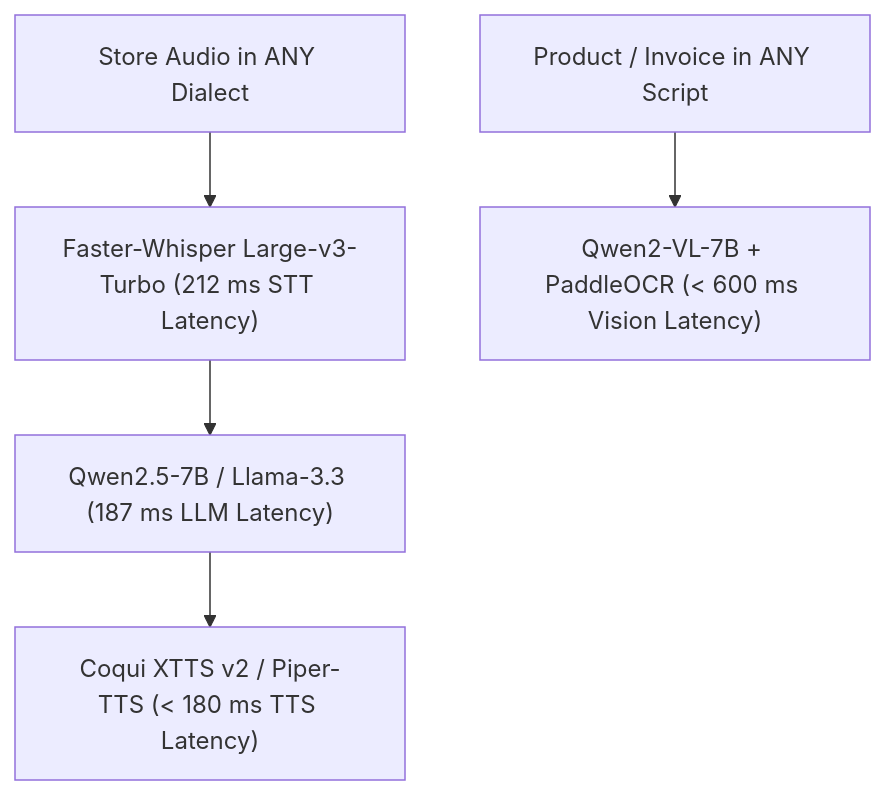
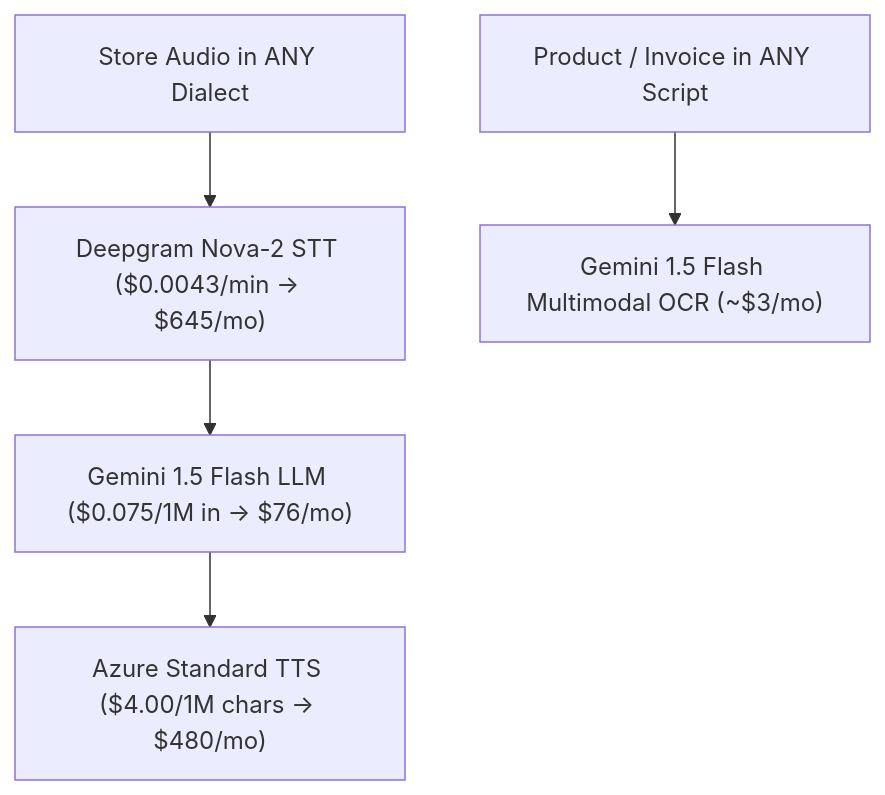
One commit to BengalBound/sales changed the diagram in docs/03_COST_VPS_AI_MODEL_MATRIX.md. Above: the diagram before and after it, drawn with Mermaid. The commit also changed other lines of this file and 7 other files, not shown here.

Commit message:
Update documentation to set ,269/mo Cloud API Stack as Active Primary Architecture

````diff
--- a/docs/03_COST_VPS_AI_MODEL_MATRIX.md
+++ b/docs/03_COST_VPS_AI_MODEL_MATRIX.md
@@ -14,8 +12,8 @@
 ```mermaid
 graph TD
-    AudioIn[Store Audio in ANY Dialect] --> LocalSTT["Faster-Whisper Large-v3-Turbo (212 ms STT Latency)"]
-    LocalSTT --> LocalLLM["Qwen2.5-7B / Llama-3.3 (187 ms LLM Latency)"]
-    LocalLLM --> LocalTTS["Coqui XTTS v2 / Piper-TTS (< 180 ms TTS Latency)"]
+    AudioIn[Store Audio in ANY Dialect] --> CloudSTT["Deepgram Nova-2 STT ($0.0043/min -> $645/mo)"]
+    CloudSTT --> CloudLLM["Gemini 1.5 Flash LLM ($0.075/1M in -> $76/mo)"]
+    CloudLLM --> CloudTTS["Azure Standard TTS ($4.00/1M chars -> $480/mo)"]
     
-    CameraImage[Product / Invoice in ANY Script] --> LocalVision["Qwen2-VL-7B + PaddleOCR (< 600 ms Vision Latency)"]
+    CameraImage[Product / Invoice in ANY Script] --> CloudVision["Gemini 1.5 Flash Multimodal OCR (~$3/mo)"]
 ```
````
